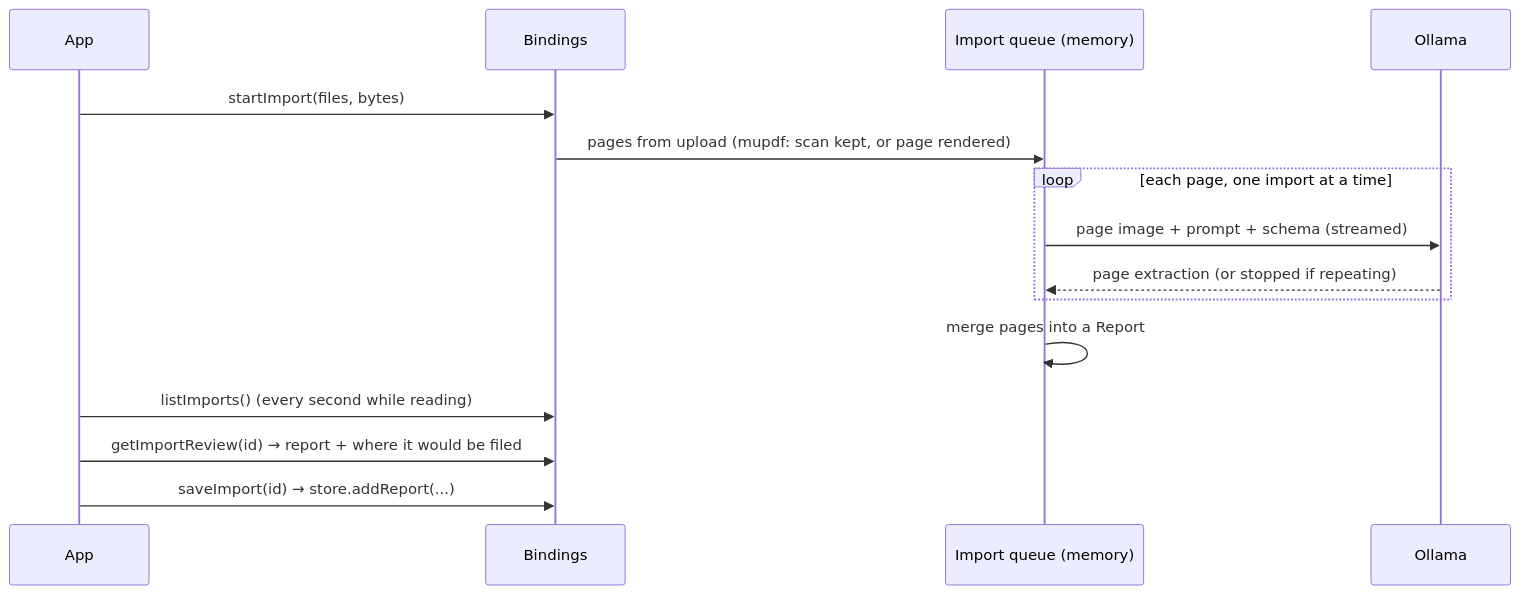
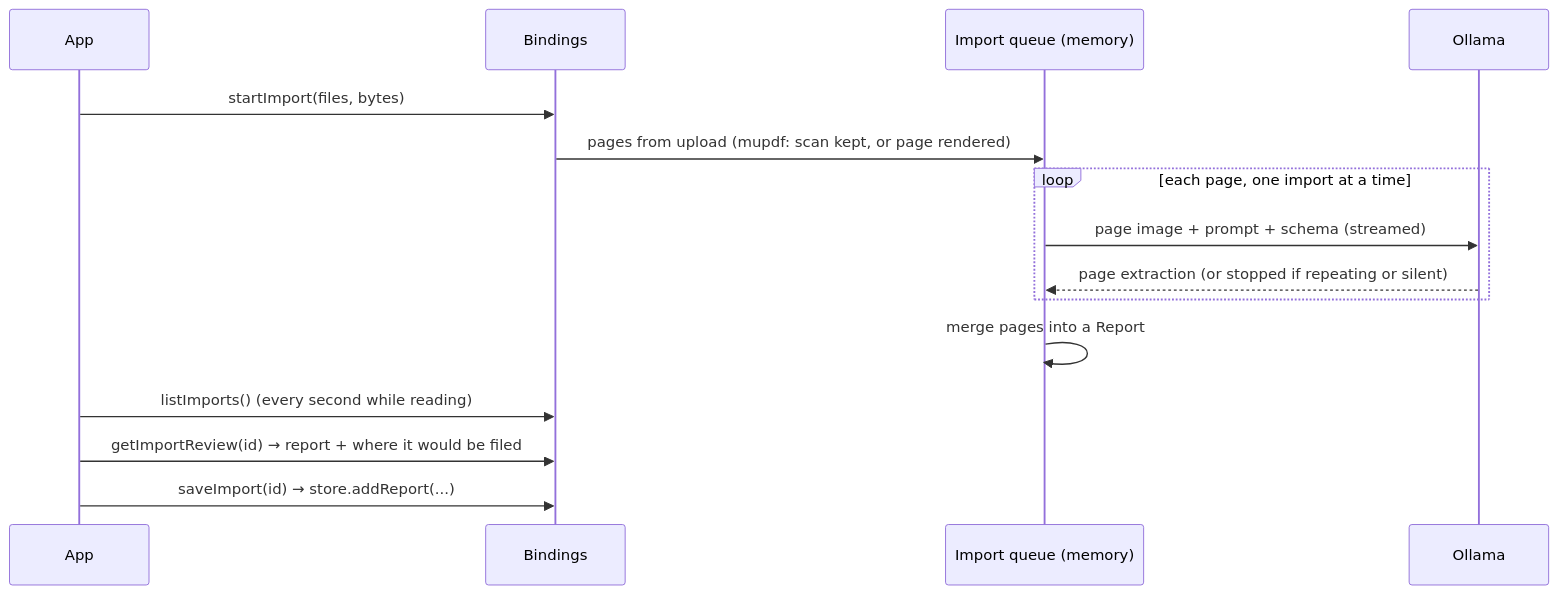
Before and after one commit to GitHubStig/local-medical-charts: the second of 3 diagrams in docs/architecture/overview.md, drawn with Mermaid. The commit also changed 10 other files, not shown here.

````diff
--- a/docs/architecture/overview.md
+++ b/docs/architecture/overview.md
@@ -98,17 +98,17 @@
 ```mermaid
 sequenceDiagram
   participant Page as App
   participant B as Bindings
   participant Q as Import queue (memory)
   participant O as Ollama
   Page->>B: startImport(files, bytes)
   B->>Q: pages from upload (mupdf: scan kept, or page rendered)
   loop each page, one import at a time
     Q->>O: page image + prompt + schema (streamed)
-    O-->>Q: page extraction (or stopped if repeating)
+    O-->>Q: page extraction (or stopped if repeating or silent)
   end
   Q->>Q: merge pages into a Report
   Page->>B: listImports() (every second while reading)
   Page->>B: getImportReview(id) → report + where it would be filed
   Page->>B: saveImport(id) → store.addReport(...)
 ```
````
